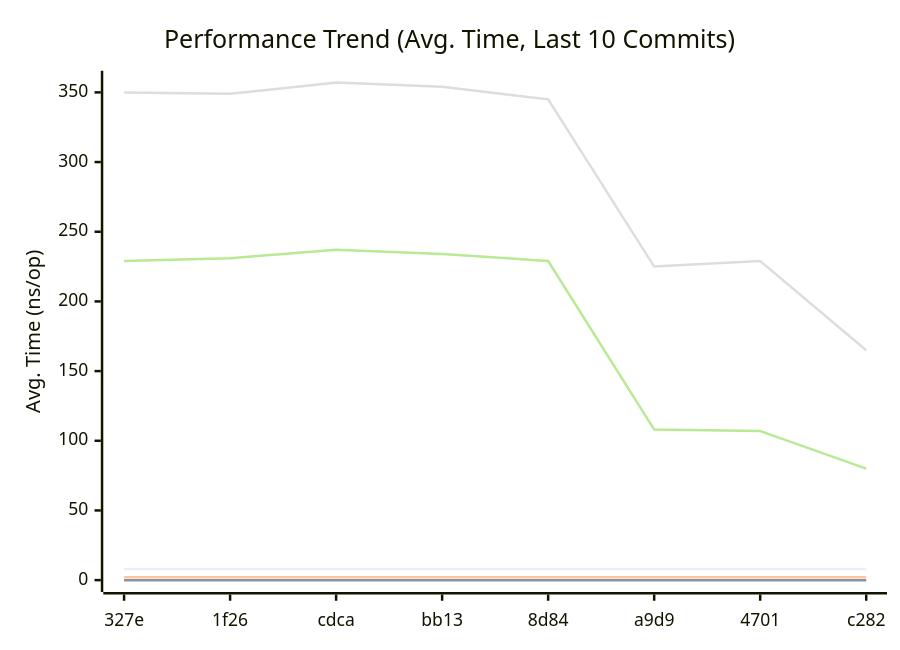
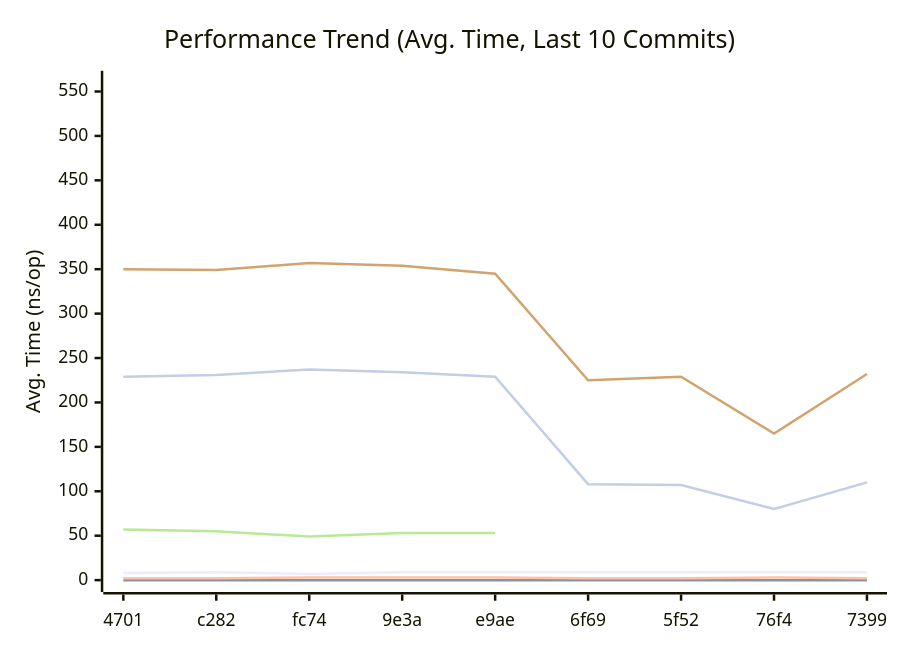
The first of 3 diagrams in doc/README.md (alsotoes/momo), drawn with Mermaid before and after one commit. The commit also changed other lines of this file and 59 other files, not shown here.

````diff
--- a/doc/README.md
+++ b/doc/README.md
@@ -296,12 +296,14 @@
 ```mermaid
 xychart-beta
     title "Performance Trend (Avg. Time, Last 10 Commits)"
     x-axis "Commit"
     y-axis "Avg. Time (ns/op)"
-    x-axis [327e,1f26,cdca,bb13,8d84,a9d9,4701,c282]
-    line "CheckMetricsAndSwap" [8,8,8,8,8,8,8,8,9,7]
+    x-axis [4701,c282,fc74,9e3a,e9ae,6f69,5f52,76f4,7399]
+    line "CheckMetricsAndSwap" [8,9,7,9,9,9,9,9,9,9]
     line "IndexDirectTracking" [0,0,0,0,0,0,0,0,0,0]
-    line "IndexSearch" [2,2,2,2,2,2,2,2,2,3]
-    line "ParseReplicationOrder_NoPrealloc" [350,349,357,354,345,225,229,165]
-    line "ParseReplicationOrder_Prealloc" [229,231,237,234,229,108,107,80]
+    line "IndexSearch" [2,2,3,3,3,2,2,3,2,2]
+    line "LoadGlobalConfig" [560]
+    line "PadString" [57,55,49,53,53]
+    line "ParseReplicationOrder_NoPrealloc" [350,349,357,354,345,225,229,165,232,234]
+    line "ParseReplicationOrder_Prealloc" [229,231,237,234,229,108,107,80,110,109]
 ```
````
